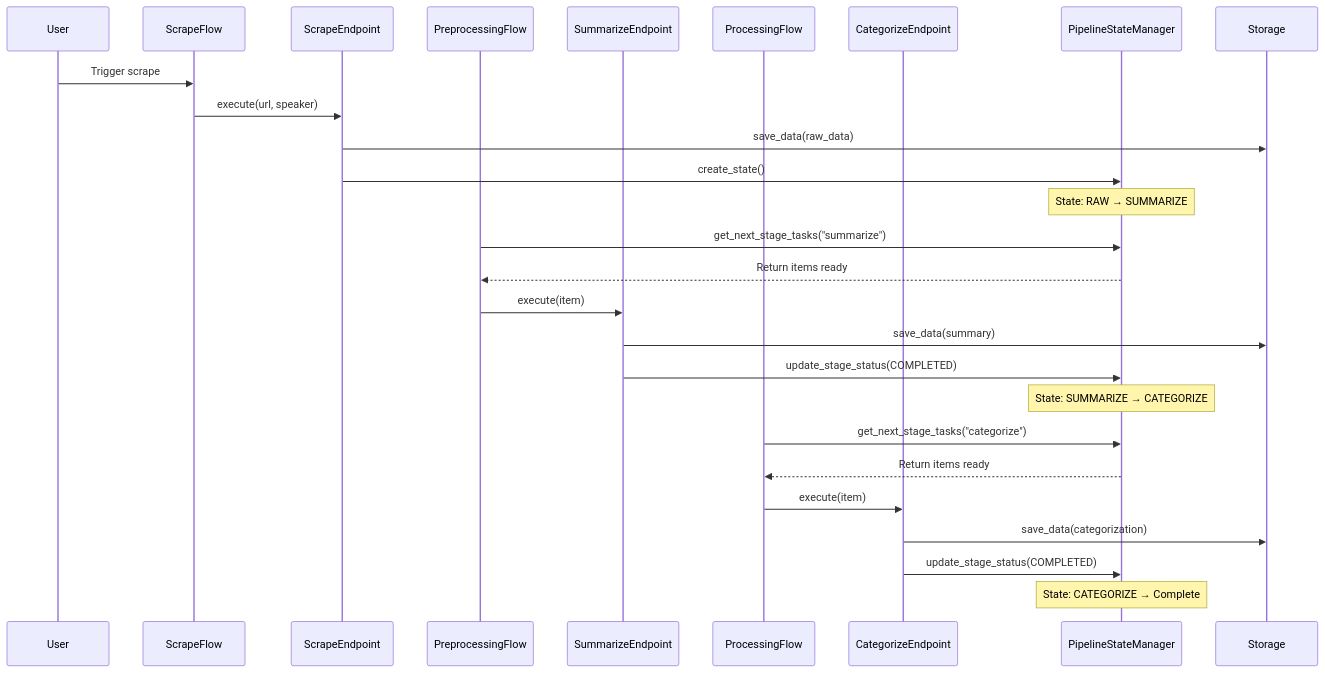
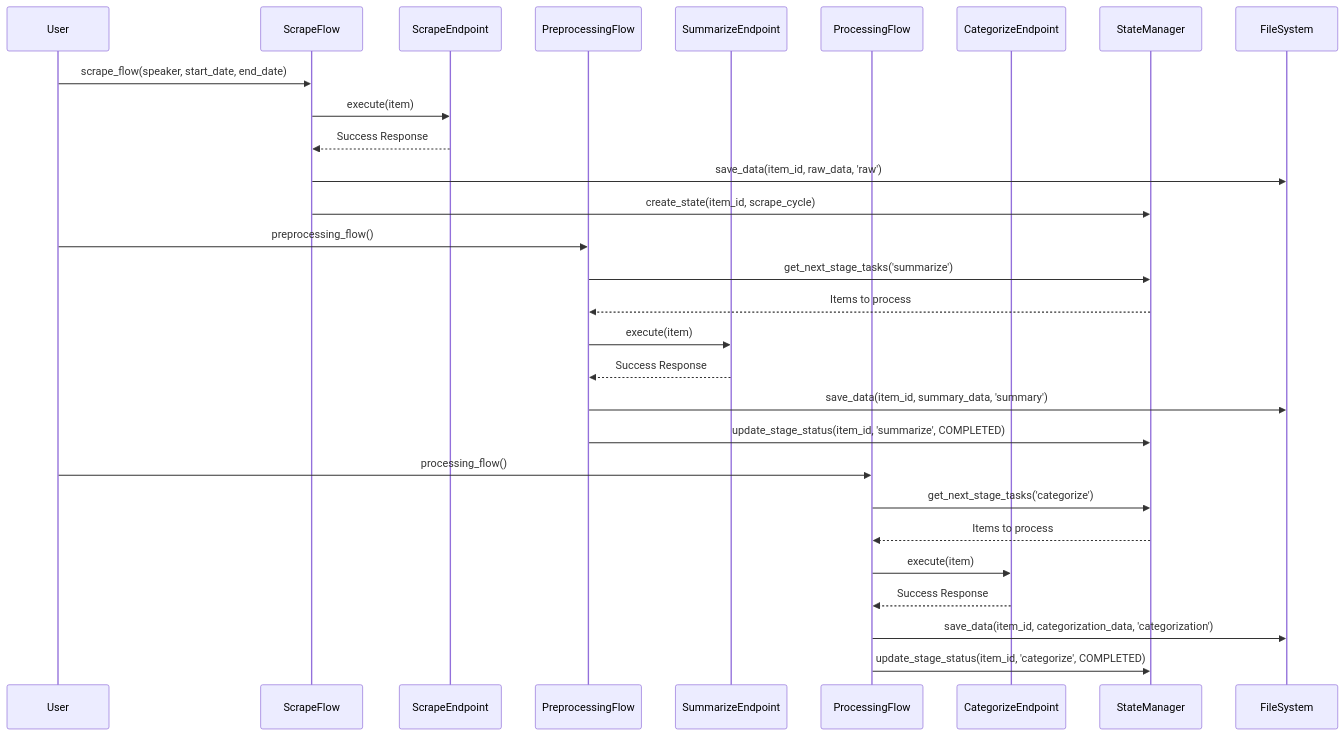
One commit to dmitriyratu/DiscourseKG changed the sixth of 6 diagrams in documentation/architecture.md. Above: the diagram before and after it, drawn with Mermaid. The commit also changed other lines of this file and 16 other files, not shown here.

First line of the commit message:
refactor: enhance flow processing and logging mechanisms

````diff
--- a/documentation/architecture.md
+++ b/documentation/architecture.md
@@ -219,35 +314,34 @@
 ```mermaid
 sequenceDiagram
     participant User
     participant ScrapeFlow
     participant ScrapeEndpoint
     participant PreprocessingFlow
     participant SummarizeEndpoint
     participant ProcessingFlow
     participant CategorizeEndpoint
-    participant PipelineStateManager
-    participant Storage
+    participant StateManager
+    participant FileSystem
     
-    User->>ScrapeFlow: Trigger scrape
-    ScrapeFlow->>ScrapeEndpoint: execute(url, speaker)
-    ScrapeEndpoint->>Storage: save_data(raw_data)
-    ScrapeEndpoint->>PipelineStateManager: create_state()
+    User->>ScrapeFlow: scrape_flow(speaker, start_date, end_date)
+    ScrapeFlow->>ScrapeEndpoint: execute(item)
+    ScrapeEndpoint-->>ScrapeFlow: Success Response
+    ScrapeFlow->>FileSystem: save_data(item_id, raw_data, 'raw')
+    ScrapeFlow->>StateManager: create_state(item_id, scrape_cycle)
     
-    Note over PipelineStateManager: State: RAW → SUMMARIZE
+    User->>PreprocessingFlow: preprocessing_flow()
+    PreprocessingFlow->>StateManager: get_next_stage_tasks('summarize')
+    StateManager-->>PreprocessingFlow: Items to process
+    PreprocessingFlow->>SummarizeEndpoint: execute(item)
+    SummarizeEndpoint-->>PreprocessingFlow: Success Response
+    PreprocessingFlow->>FileSystem: save_data(item_id, summary_data, 'summary')
+    PreprocessingFlow->>StateManager: update_stage_status(item_id, 'summarize', COMPLETED)
     
-    PreprocessingFlow->>PipelineStateManager: get_next_stage_tasks("summarize")
-    PipelineStateManager-->>PreprocessingFlow: Return items ready
-    PreprocessingFlow->>SummarizeEndpoint: execute(item)
-    SummarizeEndpoint->>Storage: save_data(summary)
-    SummarizeEndpoint->>PipelineStateManager: update_stage_status(COMPLETED)
-    
-    Note over PipelineStateManager: State: SUMMARIZE → CATEGORIZE
-    
-    ProcessingFlow->>PipelineStateManager: get_next_stage_tasks("categorize")
-    PipelineStateManager-->>ProcessingFlow: Return items ready
+    User->>ProcessingFlow: processing_flow()
+    ProcessingFlow->>StateManager: get_next_stage_tasks('categorize')
+    StateManager-->>ProcessingFlow: Items to process
     ProcessingFlow->>CategorizeEndpoint: execute(item)
-    CategorizeEndpoint->>Storage: save_data(categorization)
-    CategorizeEndpoint->>PipelineStateManager: update_stage_status(COMPLETED)
-    
-    Note over PipelineStateManager: State: CATEGORIZE → Complete
+    CategorizeEndpoint-->>ProcessingFlow: Success Response
+    ProcessingFlow->>FileSystem: save_data(item_id, categorization_data, 'categorization')
+    ProcessingFlow->>StateManager: update_stage_status(item_id, 'categorize', COMPLETED)
 ```
````
